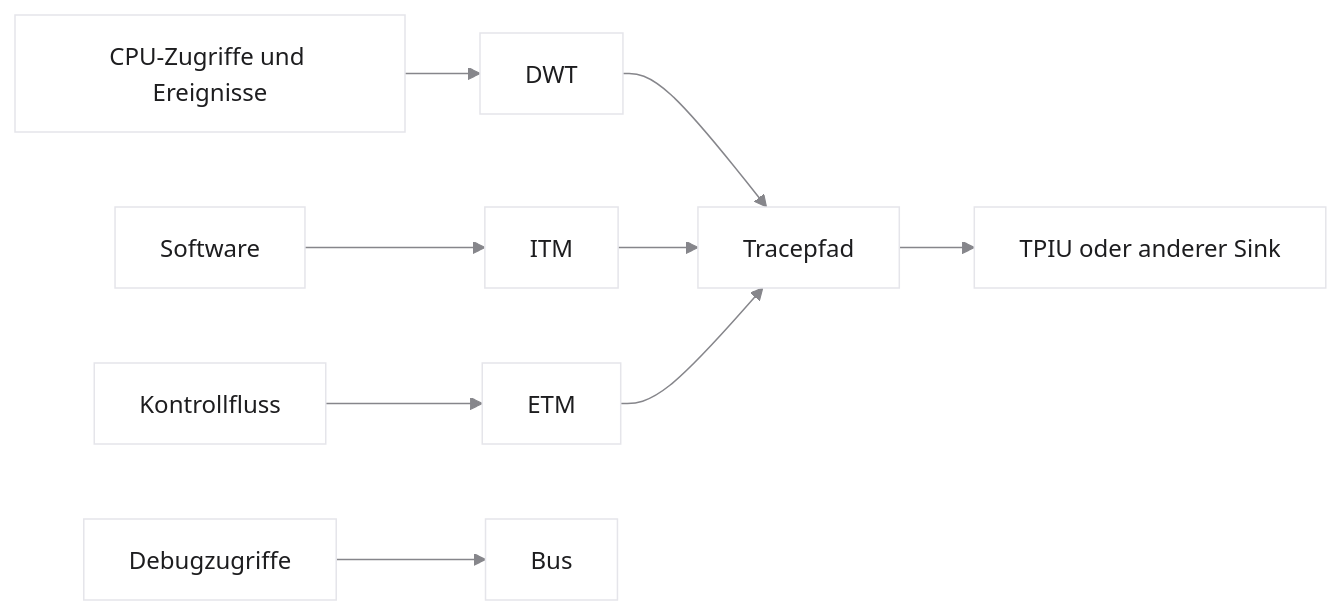
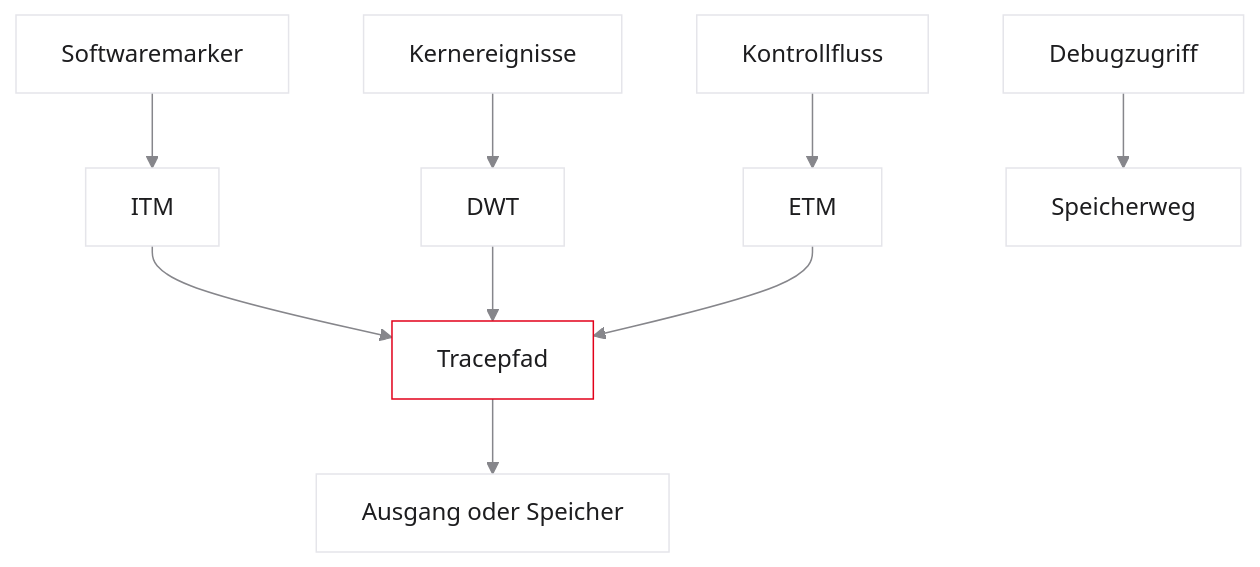
Before and after one commit to dantschi/echtzeitsysteme: the second of 6 diagrams in vorlesungen/07_tracing-timing-analyse.qmd, drawn with Mermaid. The commit also changed other lines of this file and 5 other files, not shown here.

````diff
--- a/vorlesungen/07_tracing-timing-analyse.qmd
+++ b/vorlesungen/07_tracing-timing-analyse.qmd
@@ -298,13 +484,14 @@
 ```{mermaid}
-%%| fig-width: 9.2
-%%{init: {'theme': 'base', 'themeVariables': {'background': '#FFFFFF', 'primaryColor': '#FFFFFF', 'primaryBorderColor': '#E5E5EA', 'primaryTextColor': '#1D1D1F', 'lineColor': '#86868B'}}}%%
-flowchart LR
-  SW[Software] --> ITM
-  CPU[CPU-Zugriffe und Ereignisse] --> DWT
-  DWT --> PF[Tracepfad]
-  ITM --> PF
-  CF[Kontrollfluss] --> ETM
-  ETM --> PF
-  PF --> OUT[TPIU oder anderer Sink]
-  DAP[Debugzugriffe] --> BUS[Bus]
+%%| fig-width: 5.4
+%%{init: {'theme': 'base', 'htmlLabels': false, 'flowchart': {'htmlLabels': false}, 'themeVariables': {'background': '#FFFFFF', 'primaryColor': '#FFFFFF', 'primaryBorderColor': '#E5E5EA', 'primaryTextColor': '#1D1D1F', 'lineColor': '#86868B'}}}%%
+flowchart TD
+  SW[Softwaremarker] --> ITM[ITM]
+  CPU[Kernereignisse] --> DWT[DWT]
+  CF[Kontrollfluss] --> ETM[ETM]
+  ITM --> P[Tracepfad]
+  DWT --> P
+  ETM --> P
+  P --> R[Ausgang oder Speicher]
+  DAP[Debugzugriff] --> BUS[Speicherweg]
+  style P fill:#FFFFFF,stroke:#E2001A,stroke-width:2px !important
 ```
````
